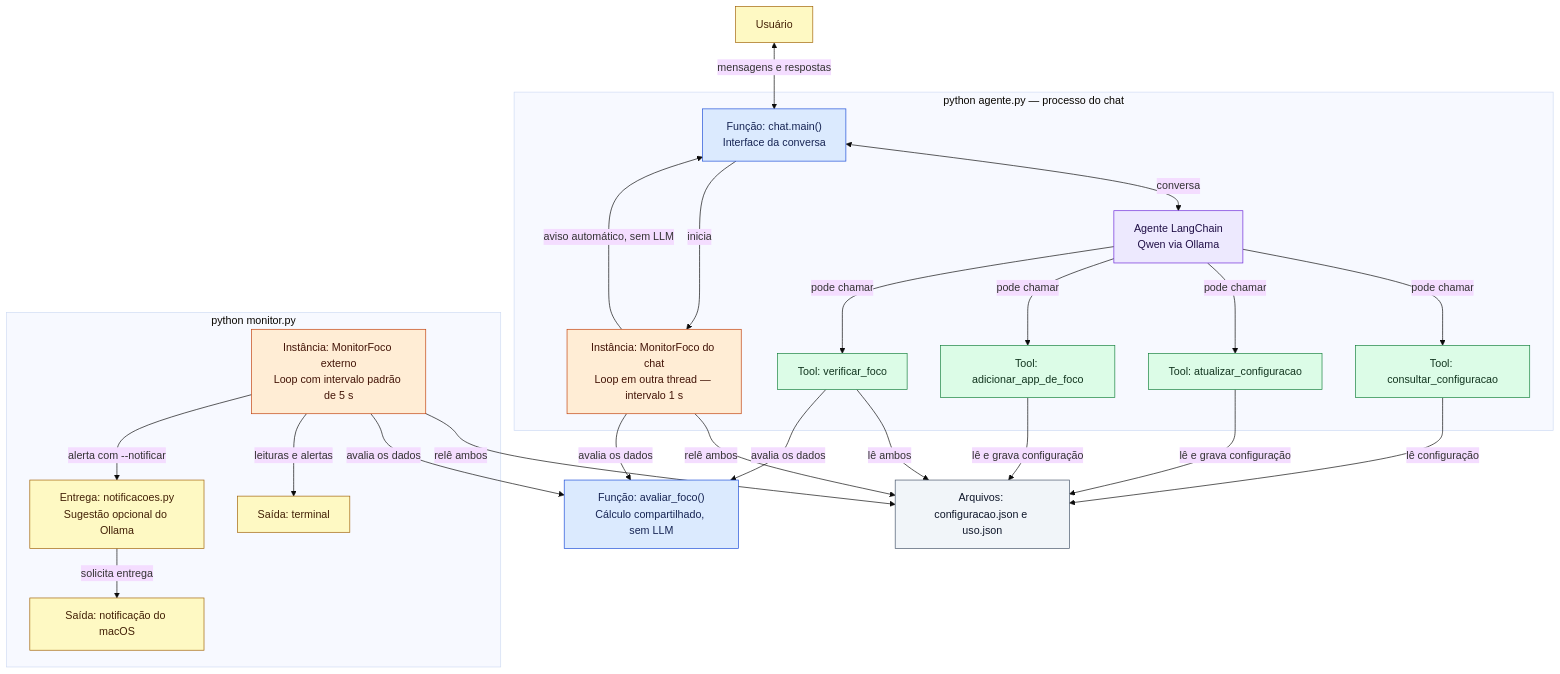
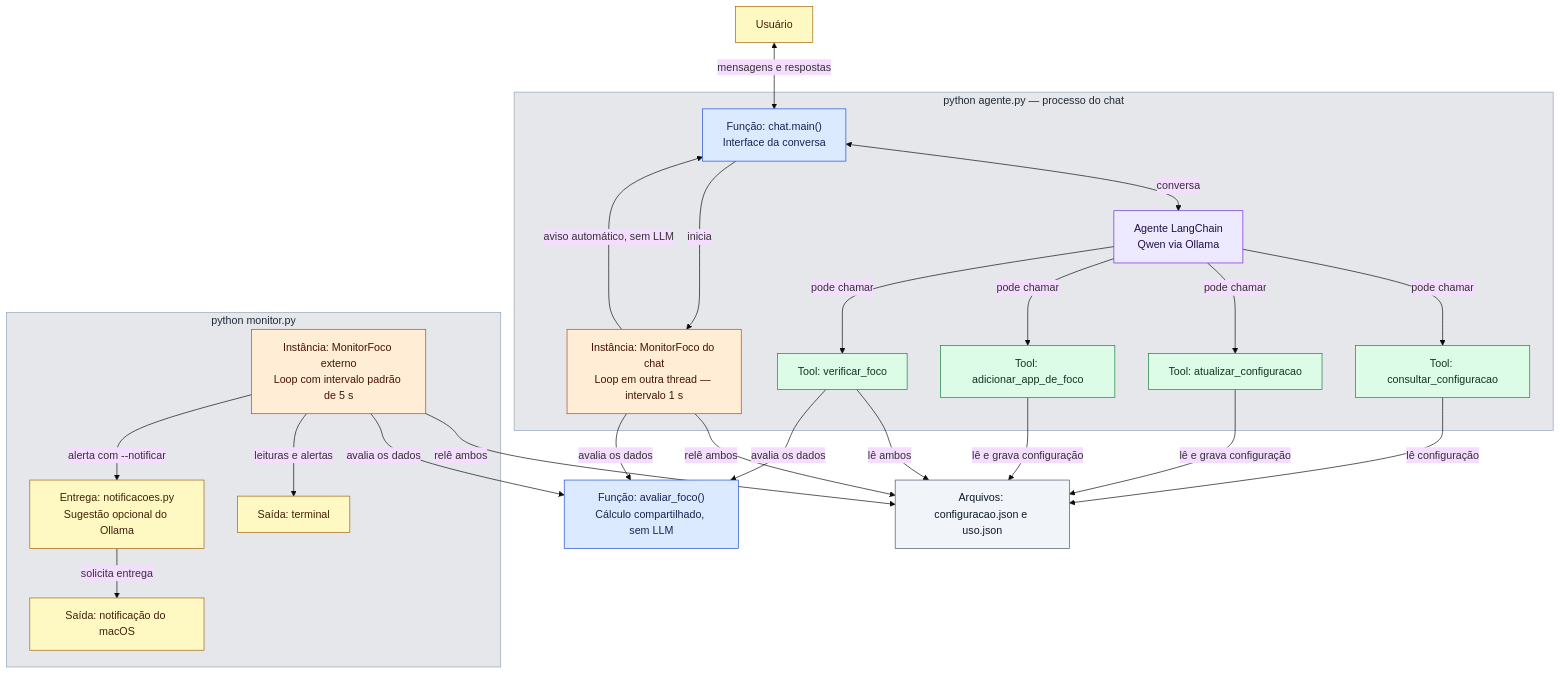
One commit to Luck4506/Residencia_IA_CPS_FluIA changed the diagram in simples_langchain/README.md. Above: the diagram before and after it, drawn with Mermaid (base theme).

Commit message:
deixando o fundo do diagrama mais bonito (tentanto)

````diff
--- a/simples_langchain/README.md
+++ b/simples_langchain/README.md
@@ -73,53 +73,56 @@
 ```mermaid
 flowchart TB
   usuario["Usuário"]:::externo
 
   subgraph conversa["python agente.py — processo do chat"]
     chat["Função: chat.main()<br/>Interface da conversa"]:::funcao
     agente["Agente LangChain<br/>Qwen via Ollama"]:::agente
     consultar["Tool: consultar_configuracao"]:::ferramenta
     atualizar["Tool: atualizar_configuracao"]:::ferramenta
     adicionar["Tool: adicionar_app_de_foco"]:::ferramenta
     verificar["Tool: verificar_foco"]:::ferramenta
     interno["Instância: MonitorFoco do chat<br/>Loop em outra thread — intervalo 1 s"]:::instancia
   end
 
   subgraph separado["python monitor.py"]
     externo["Instância: MonitorFoco externo<br/>Loop com intervalo padrão de 5 s"]:::instancia
     terminal["Saída: terminal"]:::externo
     notificacao["Entrega: notificacoes.py<br/>Sugestão opcional do Ollama"]:::externo
     mac["Saída: notificação do macOS"]:::externo
   end
 
   dados["Arquivos: configuracao.json e uso.json"]:::dado
   calculo["Função: avaliar_foco()<br/>Cálculo compartilhado, sem LLM"]:::funcao
 
   usuario <-->|"mensagens e respostas"| chat
   chat <-->|"conversa"| agente
   agente -->|"pode chamar"| consultar
   agente -->|"pode chamar"| atualizar
   agente -->|"pode chamar"| adicionar
   agente -->|"pode chamar"| verificar
   consultar -->|"lê configuração"| dados
   atualizar -->|"lê e grava configuração"| dados
   adicionar -->|"lê e grava configuração"| dados
   verificar -->|"lê ambos"| dados
   verificar -->|"avalia os dados"| calculo
 
   chat -->|"inicia"| interno
   interno -->|"aviso automático, sem LLM"| chat
   interno -->|"relê ambos"| dados
   externo -->|"relê ambos"| dados
   interno -->|"avalia os dados"| calculo
   externo -->|"avalia os dados"| calculo
   externo -->|"leituras e alertas"| terminal
   externo -->|"alerta com --notificar"| notificacao
   notificacao -->|"solicita entrega"| mac
 
+  style conversa fill:#e5e7eb,stroke:#94a3b8,color:#1f2937
+  style separado fill:#e5e7eb,stroke:#94a3b8,color:#1f2937
+
   classDef agente fill:#ede9fe,stroke:#6d28d9,color:#211047
   classDef ferramenta fill:#dcfce7,stroke:#15803d,color:#12351f
   classDef funcao fill:#dbeafe,stroke:#1d4ed8,color:#172554
   classDef instancia fill:#ffedd5,stroke:#c2410c,color:#431407
   classDef dado fill:#f1f5f9,stroke:#475569,color:#0f172a
   classDef externo fill:#fef9c3,stroke:#a16207,color:#422006
 ```
````
